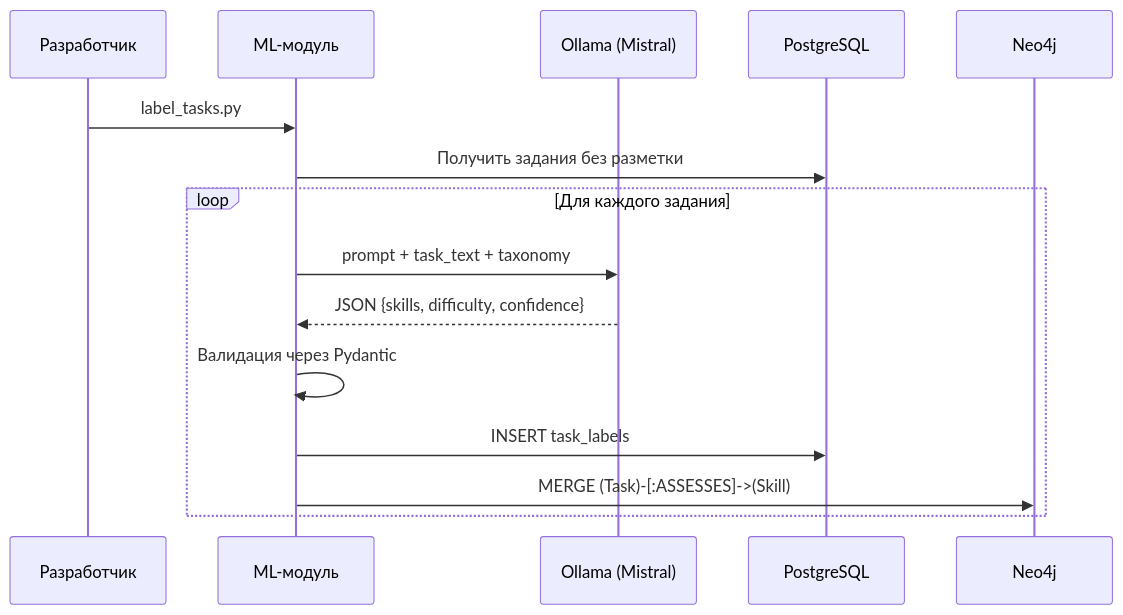
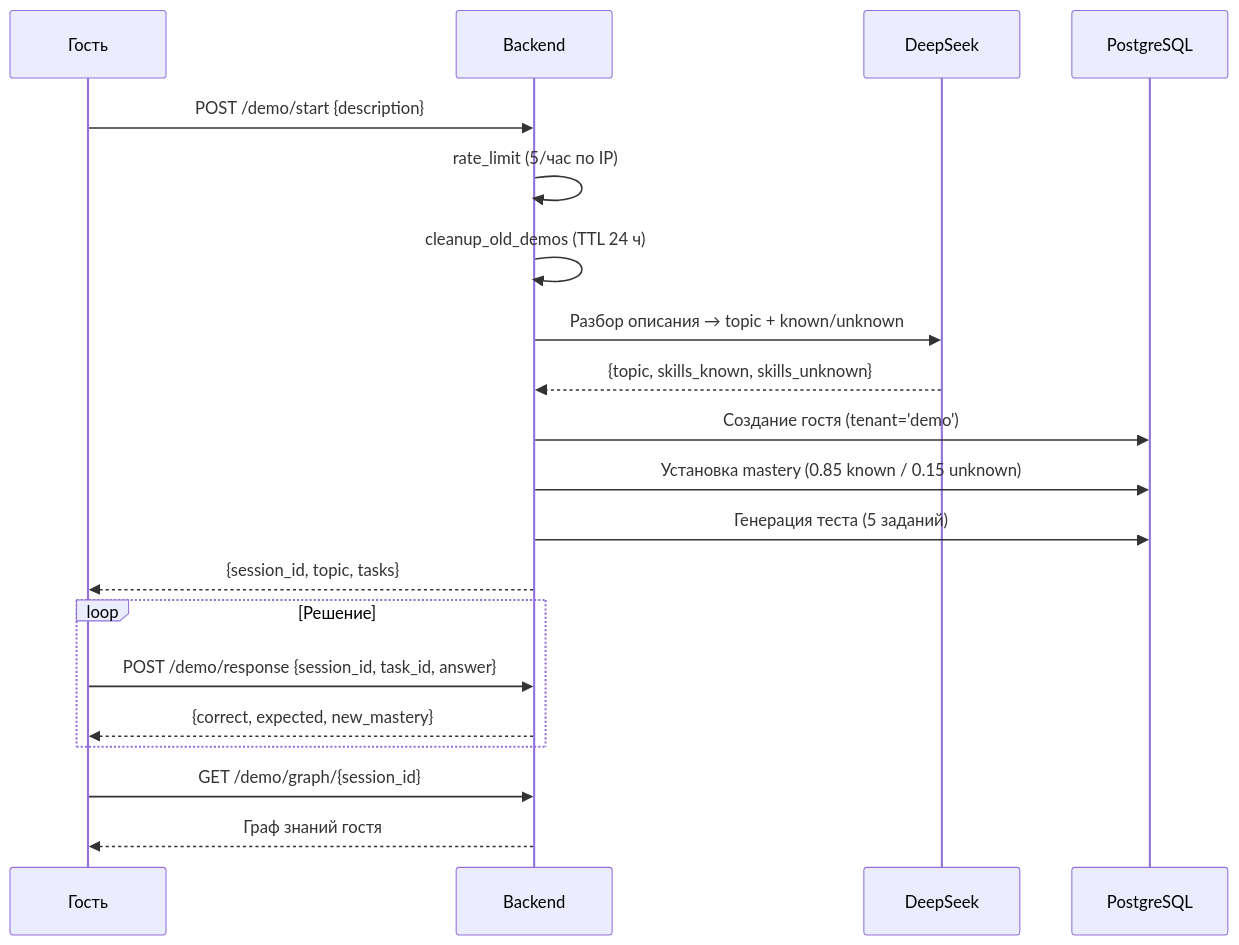
One commit to VarenioDev/hyperum changed the fourth of 5 diagrams in docs/architecture.md. Above: the diagram before and after it, drawn with Mermaid. The commit also changed other lines of this file and 25 other files, not shown here.

````diff
--- a/docs/architecture.md
+++ b/docs/architecture.md
@@ -218,18 +278,25 @@
 ```mermaid
 sequenceDiagram
-    participant Dev as Разработчик
-    participant ML as ML-модуль
-    participant LLM as Ollama (Mistral)
-    participant DB as PostgreSQL
-    participant G as Neo4j
+    participant G as Гость
+    participant API as Backend
+    participant LLM as DeepSeek
+    participant PG as PostgreSQL
 
-    Dev->>ML: label_tasks.py
-    ML->>DB: Получить задания без разметки
-    loop Для каждого задания
-        ML->>LLM: prompt + task_text + taxonomy
-        LLM-->>ML: JSON {skills, difficulty, confidence}
-        ML->>ML: Валидация через Pydantic
-        ML->>DB: INSERT task_labels
-        ML->>G: MERGE (Task)-[:ASSESSES]->(Skill)
+    G->>API: POST /demo/start {description}
+    API->>API: rate_limit (5/час по IP)
+    API->>API: cleanup_old_demos (TTL 24 ч)
+    API->>LLM: Разбор описания → topic + known/unknown
+    LLM-->>API: {topic, skills_known, skills_unknown}
+    API->>PG: Создание гостя (tenant='demo')
+    API->>PG: Установка mastery (0.85 known / 0.15 unknown)
+    API->>PG: Генерация теста (5 заданий)
+    API-->>G: {session_id, topic, tasks}
+
+    loop Решение
+        G->>API: POST /demo/response {session_id, task_id, answer}
+        API-->>G: {correct, expected, new_mastery}
     end
+
+    G->>API: GET /demo/graph/{session_id}
+    API-->>G: Граф знаний гостя
 ```
````
